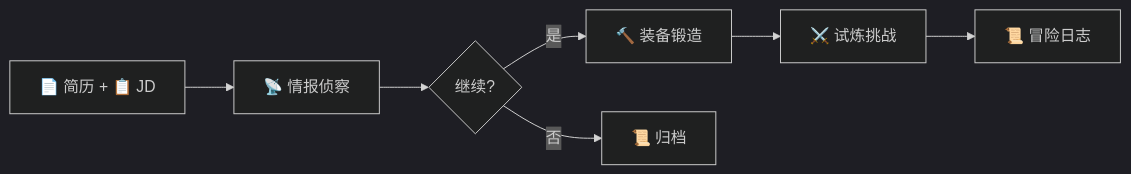
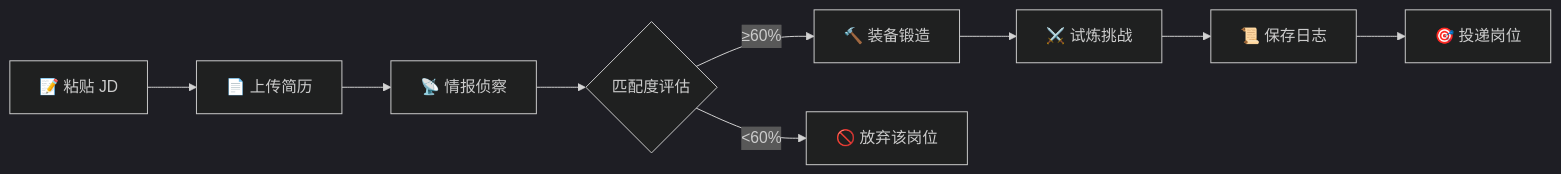
One commit to Icey-Lan/JobBuff changed the diagram in README.md. Above: the diagram before and after it, drawn with Mermaid (dark theme). The commit also changed other lines of this file and 17 other files, not shown here.

````diff
--- a/README.md
+++ b/README.md
@@ -119,9 +88,11 @@
 ```mermaid
 graph LR
-    A[📄 简历 + 📋 JD] --> B[📡 情报侦察]
-    B --> C{继续?}
-    C -->|是| D[🔨 装备锻造]
-    C -->|否| E[📜 归档]
-    D --> F[⚔️ 试炼挑战]
-    F --> G[📜 冒险日志]
+    A[📝 粘贴 JD] --> B[📄 上传简历]
+    B --> C[📡 情报侦察]
+    C --> D{匹配度评估}
+    D -->|≥60%| E[🔨 装备锻造]
+    D -->|<60%| F[🚫 放弃该岗位]
+    E --> G[⚔️ 试炼挑战]
+    G --> H[📜 保存日志]
+    H --> I[🎯 投递岗位]
 ```
````
